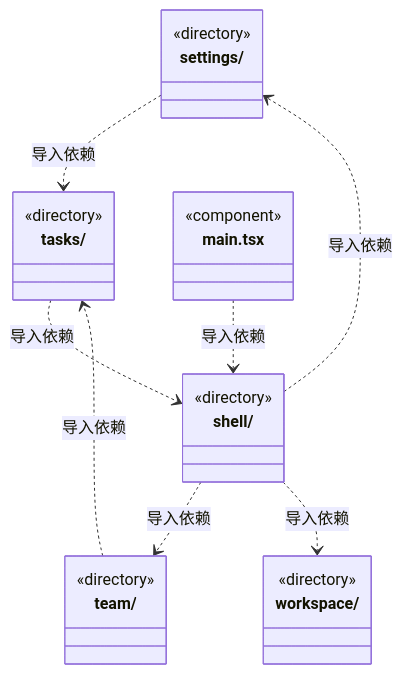
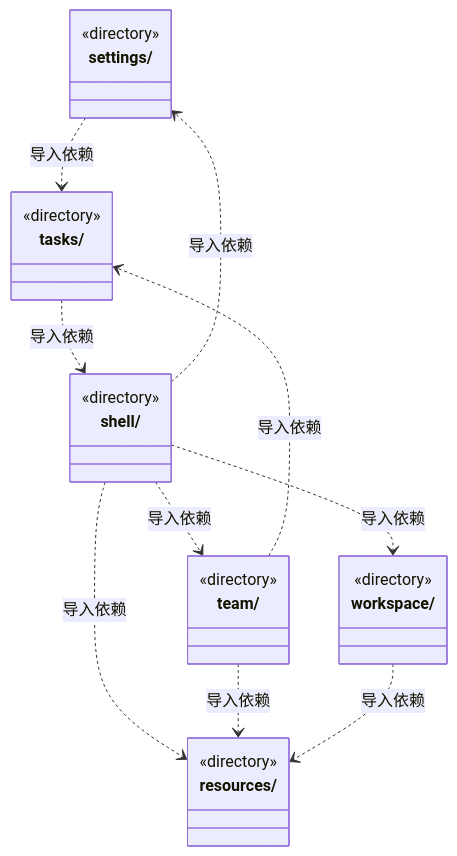
The second of 3 diagrams in src/frontend/ARCHITECTURE.md (nan023062/cbim), drawn with Mermaid before and after one commit. The commit also changed other lines of this file and 50 other files, not shown here.

````diff
--- a/src/frontend/ARCHITECTURE.md
+++ b/src/frontend/ARCHITECTURE.md
@@ -41,28 +40,30 @@
 ```mermaid
 classDiagram
+class N_src_frontend_resources["resources/"] {
+  <<directory>>
+}
 class N_src_frontend_settings["settings/"] {
   <<directory>>
 }
 class N_src_frontend_shell["shell/"] {
   <<directory>>
 }
 class N_src_frontend_tasks["tasks/"] {
   <<directory>>
 }
 class N_src_frontend_team["team/"] {
   <<directory>>
 }
 class N_src_frontend_workspace["workspace/"] {
   <<directory>>
 }
-class N_src_frontend_main_tsx["main.tsx"] {
-  <<component>>
-}
-N_src_frontend_main_tsx ..> N_src_frontend_shell : 导入依赖
 N_src_frontend_settings ..> N_src_frontend_tasks : 导入依赖
+N_src_frontend_shell ..> N_src_frontend_resources : 导入依赖
 N_src_frontend_shell ..> N_src_frontend_settings : 导入依赖
 N_src_frontend_shell ..> N_src_frontend_team : 导入依赖
 N_src_frontend_shell ..> N_src_frontend_workspace : 导入依赖
 N_src_frontend_tasks ..> N_src_frontend_shell : 导入依赖
 N_src_frontend_team ..> N_src_frontend_tasks : 导入依赖
+N_src_frontend_team ..> N_src_frontend_resources : 导入依赖
+N_src_frontend_workspace ..> N_src_frontend_resources : 导入依赖
 ```
````
